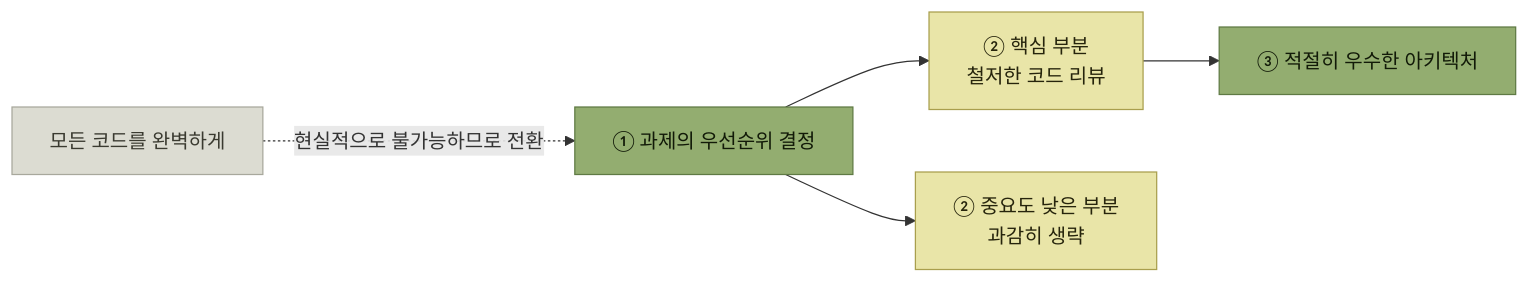
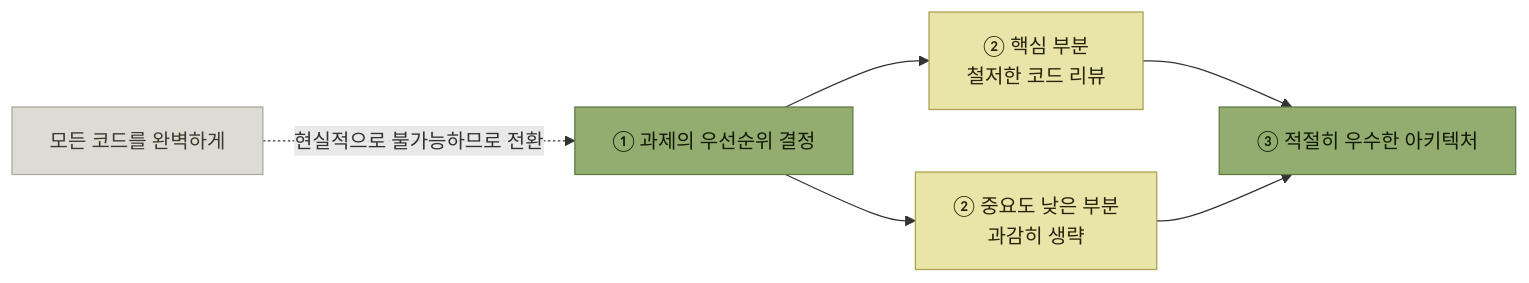
The third of 3 diagrams in books/아키텍트-첫걸음/1-아키텍트가-하는-일/6-아키텍트의-자질.md (devholic22/logistics-backend-study), drawn with Mermaid before and after one commit. The commit also changed 4 other files, not shown here.

Commit message:
docs: address architect chapter review

````diff
--- a/books/아키텍트-첫걸음/1-아키텍트가-하는-일/6-아키텍트의-자질.md
+++ b/books/아키텍트-첫걸음/1-아키텍트가-하는-일/6-아키텍트의-자질.md
@@ -118,20 +118,21 @@
 ```mermaid
 flowchart LR
     ALL["모든 코드를 완벽하게"]
     PRIO["① 과제의 우선순위 결정"]
     CORE["② 핵심 부분<br/>철저한 코드 리뷰"]
     MINOR["② 중요도 낮은 부분<br/>과감히 생략"]
     GOOD["③ 적절히 우수한 아키텍처"]
 
     ALL -. "현실적으로 불가능하므로 전환" .-> PRIO
     PRIO --> CORE
     PRIO --> MINOR
     CORE --> GOOD
+    MINOR --> GOOD
 
     classDef sys fill:#e9e5a8,stroke:#a99f4d,color:#26240c
     classDef muted fill:#dcdcd2,stroke:#a8a89c,color:#3a3a30
     classDef core fill:#93ad70,stroke:#5f7a44,color:#121a08
     class CORE,MINOR sys
     class ALL muted
     class PRIO,GOOD core
 ```
````
